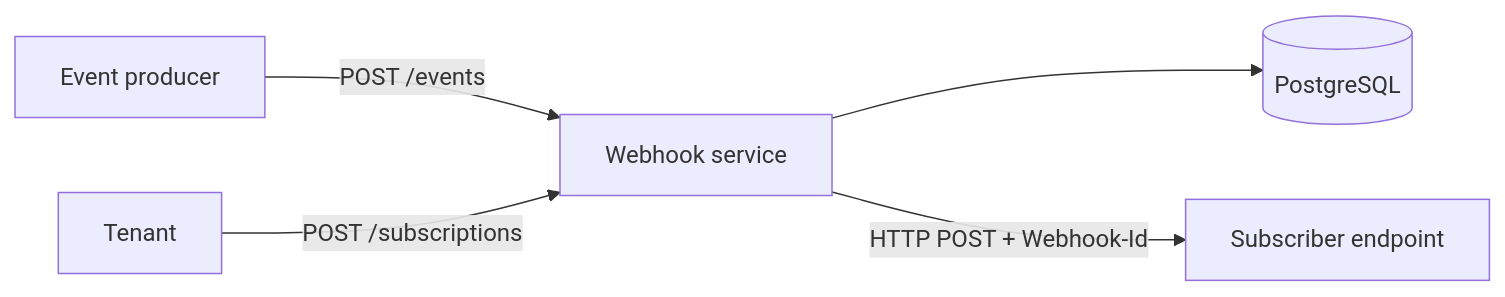
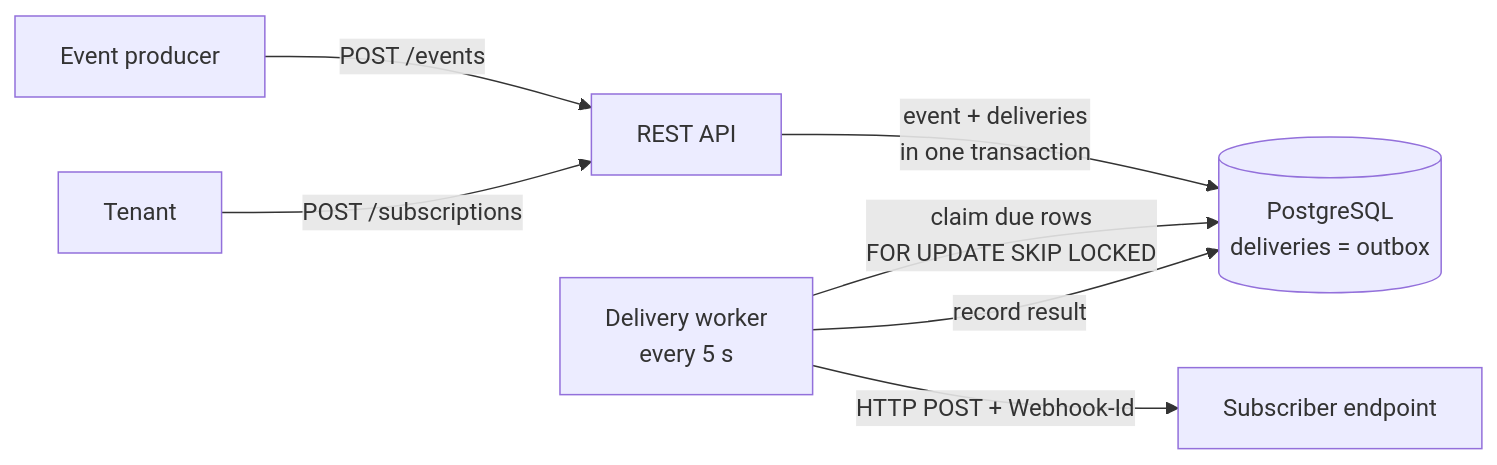
One commit to BayramSevim/webhook changed the first of 3 diagrams in README.md. Above: the diagram before and after it, drawn with Mermaid. The commit also changed other lines of this file, not shown here.

Commit message:
docs: update README for phase 1.3 outbox and worker

````diff
--- a/README.md
+++ b/README.md
@@ -30,7 +31,9 @@
 ```mermaid
 flowchart LR
-    P[Event producer] -->|POST /events| API[Webhook service]
+    P[Event producer] -->|POST /events| API[REST API]
     T[Tenant] -->|POST /subscriptions| API
-    API --> DB[(PostgreSQL)]
-    API -->|HTTP POST + Webhook-Id| S[Subscriber endpoint]
+    API -->|event + deliveries<br/>in one transaction| DB[(PostgreSQL<br/>deliveries = outbox)]
+    W[Delivery worker<br/>every 5 s] -->|claim due rows<br/>FOR UPDATE SKIP LOCKED| DB
+    W -->|HTTP POST + Webhook-Id| S[Subscriber endpoint]
+    W -->|record result| DB
 ```
````
